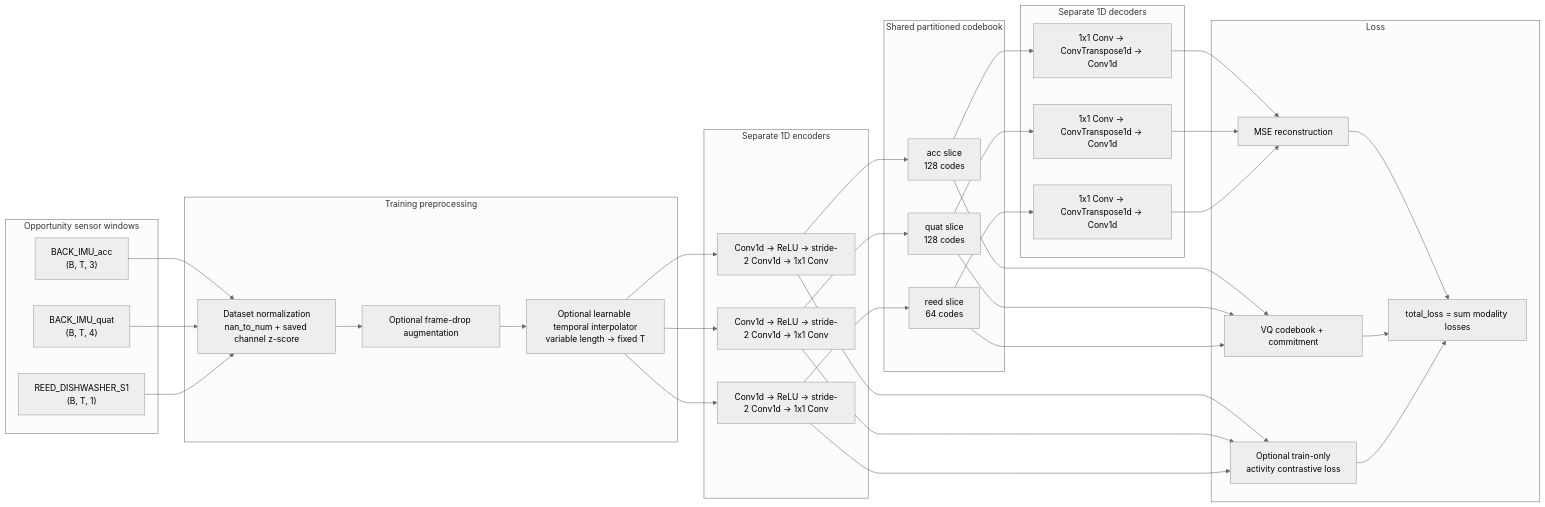
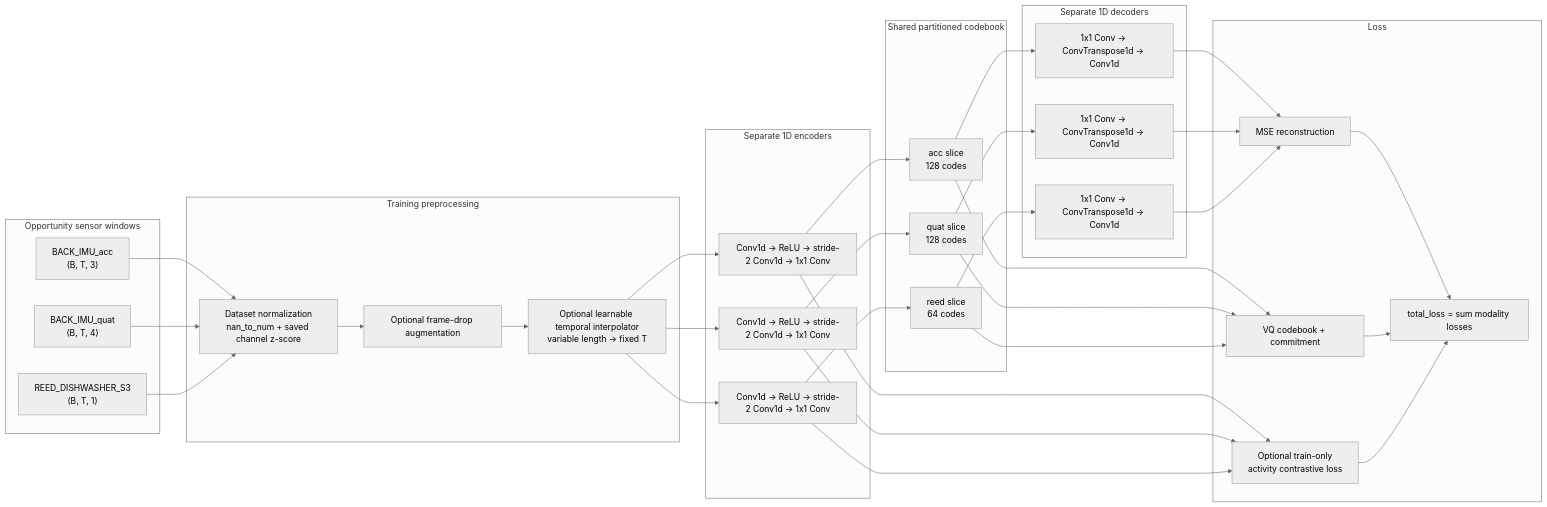
The diagram in docs/vqvae_architecture.md (lalasray/DistriXSense), drawn with Mermaid (neutral theme) before and after one commit. The commit also changed other lines of this file and 3 other files, not shown here.

````diff
--- a/docs/vqvae_architecture.md
+++ b/docs/vqvae_architecture.md
@@ -5,56 +5,56 @@
 ```mermaid
 flowchart LR
     subgraph Inputs["Opportunity sensor windows"]
         A["BACK_IMU_acc<br/>(B, T, 3)"]
         Q["BACK_IMU_quat<br/>(B, T, 4)"]
-        R["REED_DISHWASHER_S1<br/>(B, T, 1)"]
+        R["REED_DISHWASHER_S3<br/>(B, T, 1)"]
     end
 
     subgraph Prep["Training preprocessing"]
         N["Dataset normalization<br/>nan_to_num + saved channel z-score"]
         D["Optional frame-drop augmentation"]
         I["Optional learnable temporal interpolator<br/>variable length -> fixed T"]
     end
 
     subgraph Encoders["Separate 1D encoders"]
         EA["Conv1d -> ReLU -> stride-2 Conv1d -> 1x1 Conv"]
         EQ["Conv1d -> ReLU -> stride-2 Conv1d -> 1x1 Conv"]
         ER["Conv1d -> ReLU -> stride-2 Conv1d -> 1x1 Conv"]
     end
 
     subgraph Quantizer["Shared partitioned codebook"]
         CA["acc slice<br/>128 codes"]
         CQ["quat slice<br/>128 codes"]
         CR["reed slice<br/>64 codes"]
     end
 
     subgraph Decoders["Separate 1D decoders"]
         DA["1x1 Conv -> ConvTranspose1d -> Conv1d"]
         DQ["1x1 Conv -> ConvTranspose1d -> Conv1d"]
         DR["1x1 Conv -> ConvTranspose1d -> Conv1d"]
     end
 
     subgraph Loss["Loss"]
         LA["MSE reconstruction"]
         LQ["VQ codebook + commitment"]
         LC["Optional train-only<br/>activity contrastive loss"]
         LT["total_loss = sum modality losses"]
     end
 
     A --> N
     Q --> N
     R --> N
     N --> D --> I
     I --> EA --> CA --> DA --> LA
     I --> EQ --> CQ --> DQ --> LA
     I --> ER --> CR --> DR --> LA
     EA --> LC
     EQ --> LC
     ER --> LC
     CA --> LQ
     CQ --> LQ
     CR --> LQ
     LA --> LT
     LQ --> LT
     LC --> LT
 ```
````
